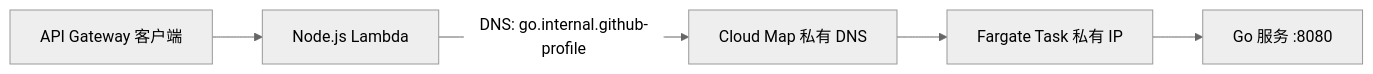
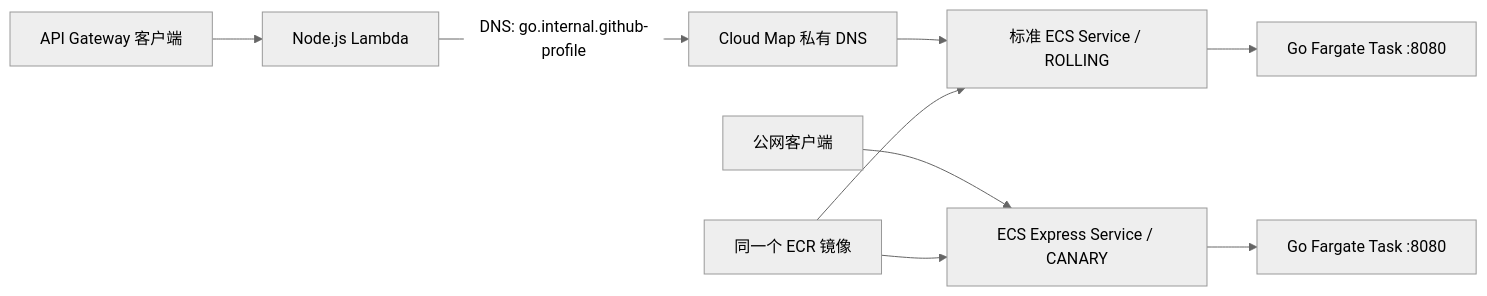
The diagram in docs/cloud-map-lambda.md (Chi111/aws-test), drawn with Mermaid (neutral theme) before and after one commit. The commit also changed other lines of this file, not shown here.

Commit message:
docs: record dual ECS service discovery architecture

````diff
--- a/docs/cloud-map-lambda.md
+++ b/docs/cloud-map-lambda.md
@@ -5,7 +5,11 @@
 ```mermaid
 flowchart LR
   Client["API Gateway 客户端"] --> Lambda["Node.js Lambda"]
   Lambda -->|"DNS: go.internal.github-profile"| DNS["Cloud Map 私有 DNS"]
-  DNS --> IP["Fargate Task 私有 IP"]
-  IP --> Go["Go 服务 :8080"]
+  DNS --> Internal["标准 ECS Service / ROLLING"]
+  Internal --> Go["Go Fargate Task :8080"]
+  Internet["公网客户端"] --> Express["ECS Express Service / CANARY"]
+  Express --> PublicGo["Go Fargate Task :8080"]
+  ECR["同一个 ECR 镜像"] --> Internal
+  ECR --> Express
 ```
````
